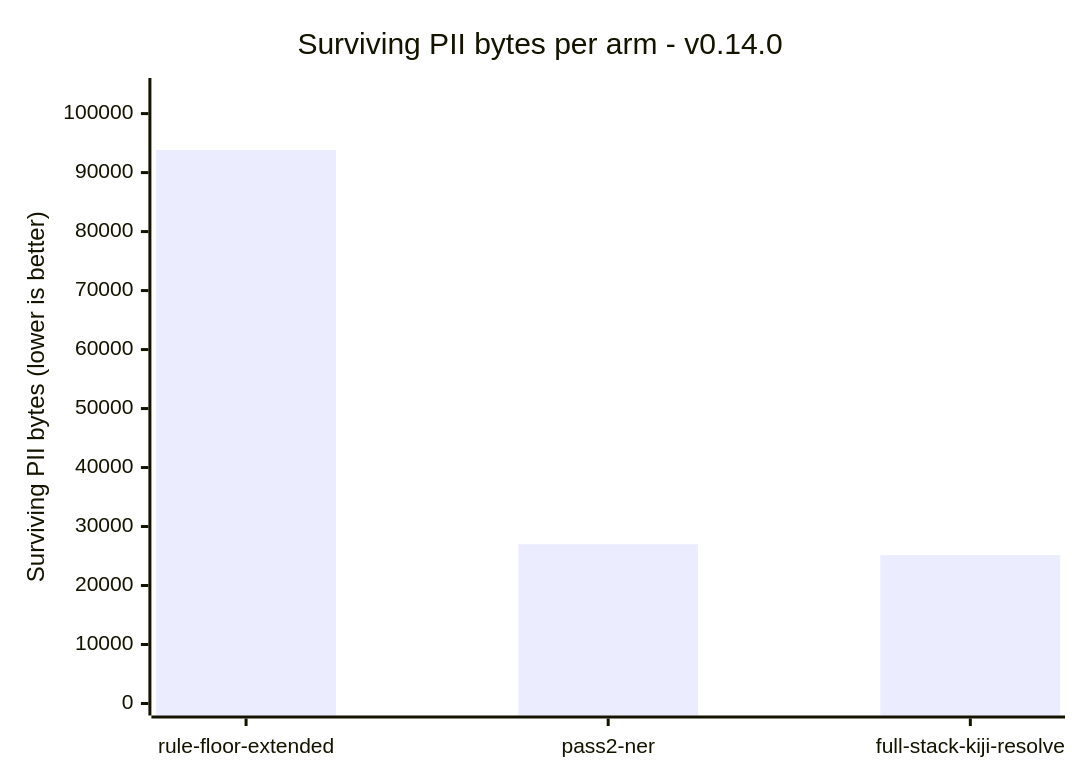
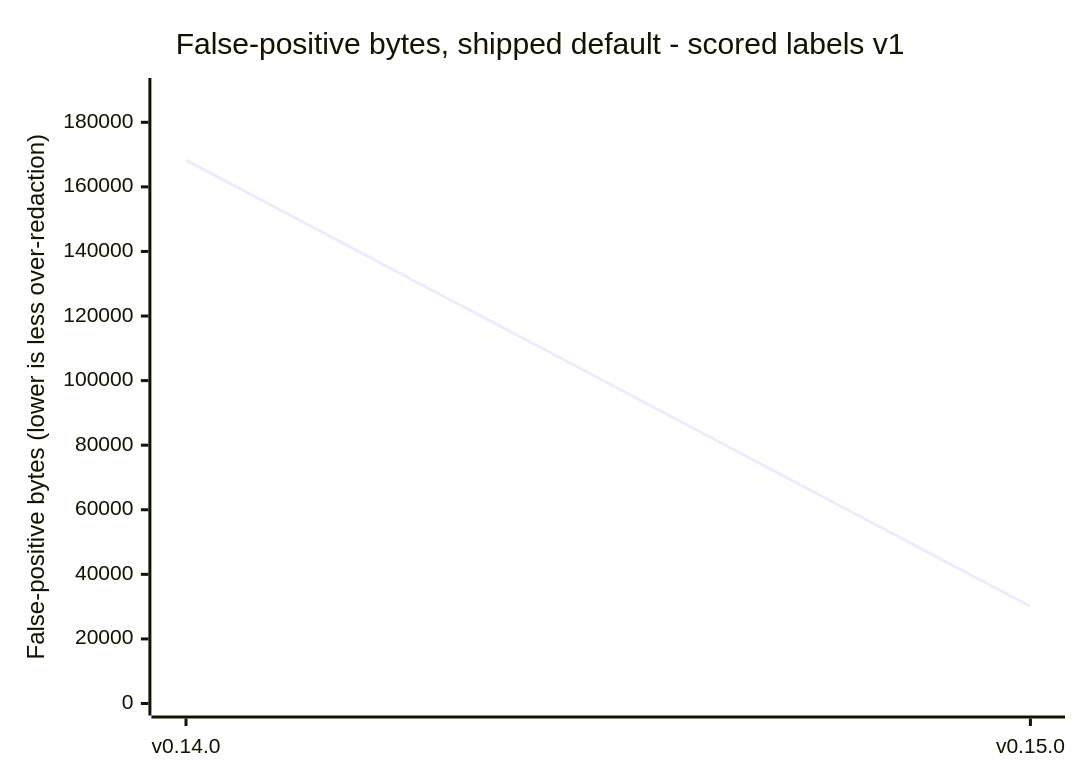
Before and after one commit to CertaMesh/gaze: the third of 3 diagrams in docs/reference/benchmarks/README.md, drawn with Mermaid. The commit also changed other lines of this file and 45 other files, not shown here.

````diff
--- a/docs/reference/benchmarks/README.md
+++ b/docs/reference/benchmarks/README.md
@@ -328,7 +356,7 @@
 ```mermaid
 xychart-beta
-    title "Surviving PII bytes per arm - v0.14.0"
-    x-axis ["rule-floor-extended", "pass2-ner", "full-stack-kiji-resolve"]
-    y-axis "Surviving PII bytes (lower is better)" 0 --> 104000
-    bar [93850, 27000, 25179]
+    title "False-positive bytes, shipped default - scored labels v1"
+    x-axis ["v0.14.0", "v0.15.0"]
+    y-axis "False-positive bytes (lower is less over-redaction)" 0 --> 190000
+    line [168276, 30073]
 ```
````
